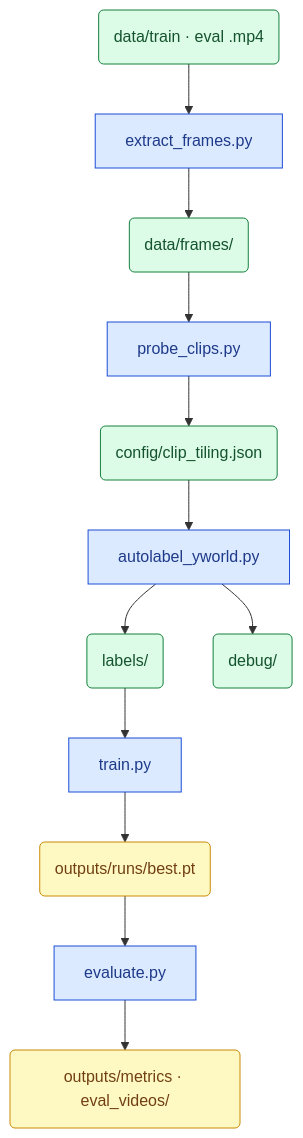
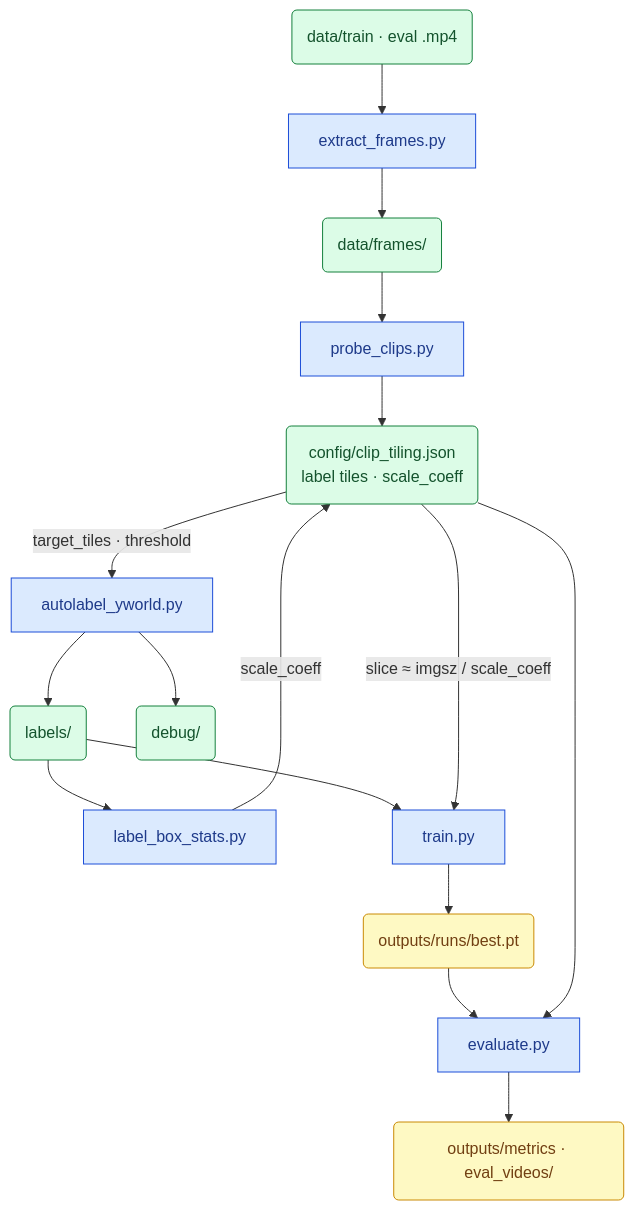
The diagram in README.md (alisea-natan/aerial_vehicle_detection), drawn with Mermaid before and after one commit. The commit also changed other lines of this file, not shown here.

Commit message:
update pipeline schema

````diff
--- a/README.md
+++ b/README.md
@@ -73,33 +73,39 @@
 ```mermaid
 flowchart TB
     classDef script fill:#dbeafe,stroke:#1d4ed8,color:#1e3a8a
     classDef data fill:#dcfce7,stroke:#15803d,color:#14532d
     classDef output fill:#fef9c3,stroke:#ca8a04,color:#713f12
 
     V(data/train · eval .mp4):::data
 
     S1[extract_frames.py]:::script
     F(data/frames/):::data
 
     S2[probe_clips.py]:::script
-    CFG(config/clip_tiling.json):::data
+    CFG(config/clip_tiling.json<br/>label tiles · scale_coeff):::data
 
     S3[autolabel_yworld.py]:::script
     LAB(labels/):::data
     DBG(debug/):::data
+
+    S3b[label_box_stats.py]:::script
 
     S4[train.py]:::script
     WT(outputs/runs/best.pt):::output
 
     S5[evaluate.py]:::script
     MET(outputs/metrics · eval_videos/):::output
 
     V --> S1 --> F
     F --> S2 --> CFG
-    CFG --> S3
+    CFG -->|target_tiles · threshold| S3
     S3 --> LAB
     S3 --> DBG
-    LAB --> S4 --> WT
+    LAB --> S3b -->|scale_coeff| CFG
+    LAB --> S4
+    CFG -->|slice ≈ imgsz / scale_coeff| S4
+    S4 --> WT
     WT --> S5
+    CFG --> S5
     S5 --> MET
 ```
````
